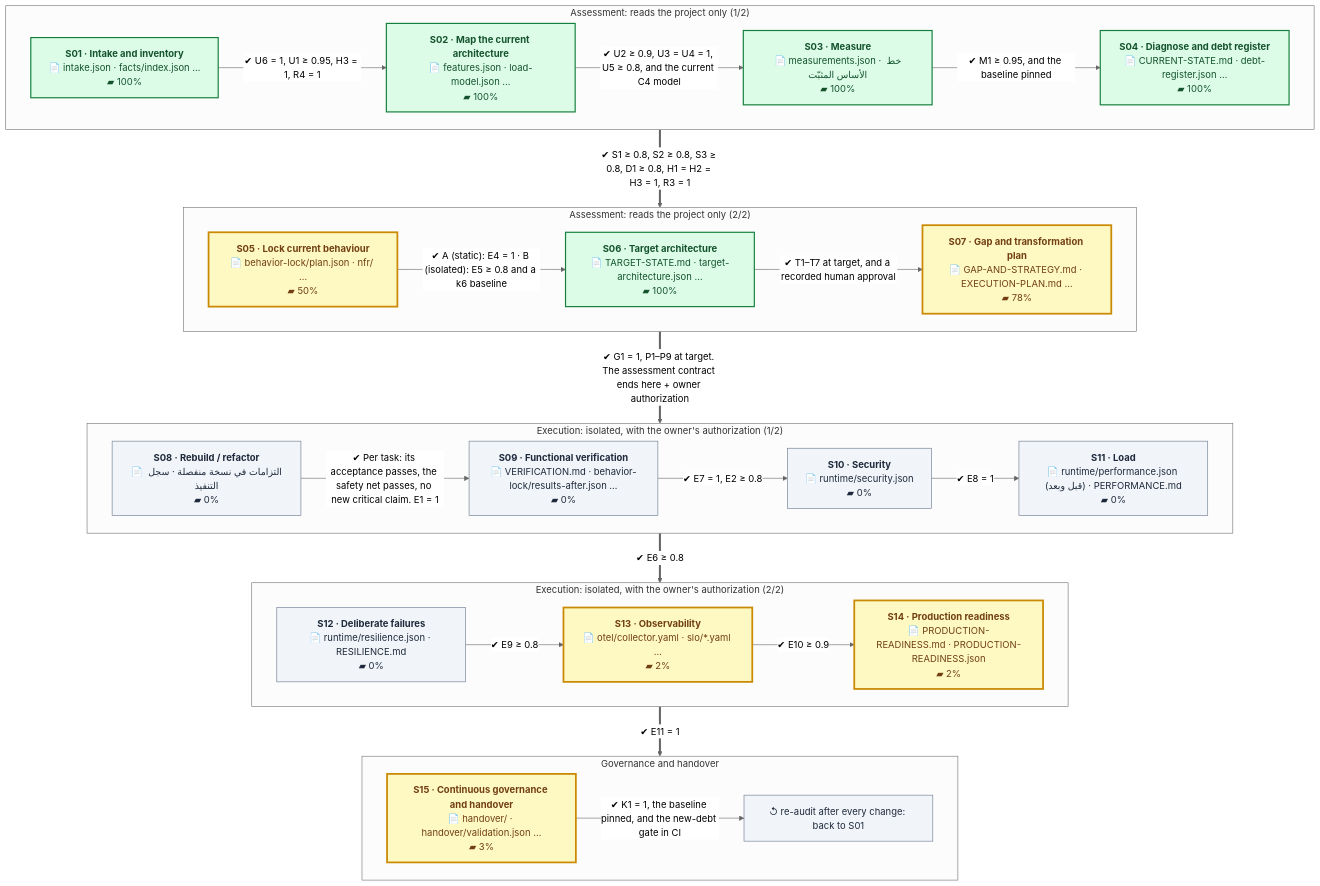
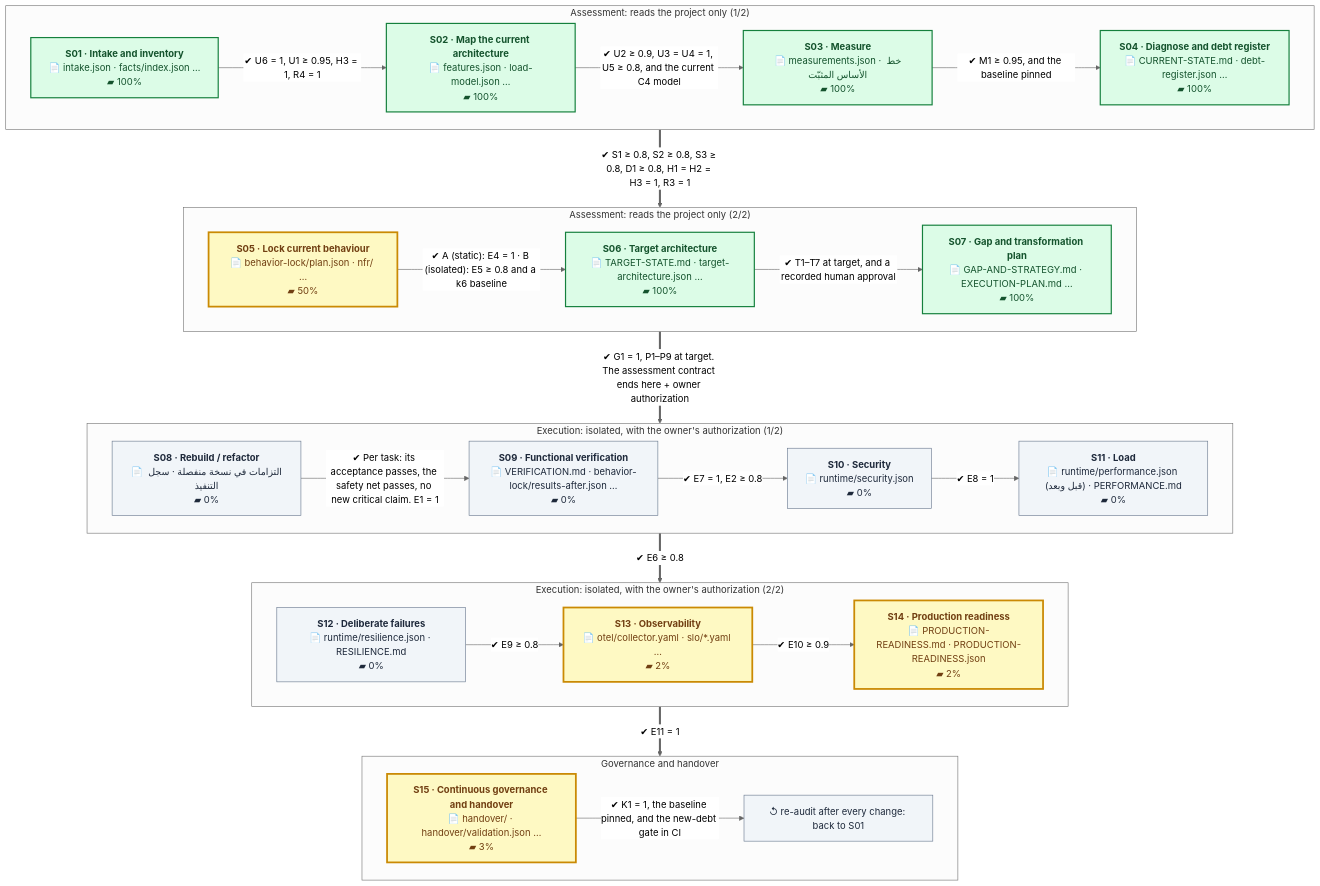
One commit to eom1417/engineering-audit-os changed the first of 2 diagrams in README.en.md. Above: the diagram before and after it, drawn with Mermaid (neutral theme). The commit also changed other lines of this file and 24 other files, not shown here.

````diff
--- a/README.en.md
+++ b/README.en.md
@@ -52,54 +52,54 @@
 ```mermaid
 %%{init: {'flowchart': {'wrappingWidth': 260, 'nodeSpacing': 40, 'rankSpacing': 60}}}%%
 flowchart TB
     subgraph P1["Assessment: reads the project only (1/2)"]
         direction LR
         S01["<b>S01 · Intake and inventory</b><br/>📄 intake.json · facts/index.json …<br/>▰ 100%"]:::done
         S02["<b>S02 · Map the current architecture</b><br/>📄 features.json · load-model.json …<br/>▰ 100%"]:::done
         S03["<b>S03 · Measure</b><br/>📄 measurements.json · خط الأساس المثبّت<br/>▰ 100%"]:::done
         S04["<b>S04 · Diagnose and debt register</b><br/>📄 CURRENT-STATE.md · debt-register.json …<br/>▰ 100%"]:::done
         S01 -->|"✔ U6 = 1, U1 ≥ 0.95, H3 = 1, R4 = 1"| S02
         S02 -->|"✔ U2 ≥ 0.9, U3 = U4 = 1, U5 ≥ 0.8, and the current C4 model"| S03
         S03 -->|"✔ M1 ≥ 0.95, and the baseline pinned"| S04
     end
     subgraph P2["Assessment: reads the project only (2/2)"]
         direction LR
         S05["<b>S05 · Lock current behaviour</b><br/>📄 behavior-lock/plan.json · nfr/ …<br/>▰ 50%"]:::current
         S06["<b>S06 · Target architecture</b><br/>📄 TARGET-STATE.md · target-architecture.json …<br/>▰ 100%"]:::done
-        S07["<b>S07 · Gap and transformation plan</b><br/>📄 GAP-AND-STRATEGY.md · EXECUTION-PLAN.md …<br/>▰ 78%"]:::current
+        S07["<b>S07 · Gap and transformation plan</b><br/>📄 GAP-AND-STRATEGY.md · EXECUTION-PLAN.md …<br/>▰ 100%"]:::done
         S05 -->|"✔ A (static): E4 = 1 · B (isolated): E5 ≥ 0.8 and a k6 baseline"| S06
         S06 -->|"✔ T1–T7 at target, and a recorded human approval"| S07
     end
     subgraph P3["Execution: isolated, with the owner's authorization (1/2)"]
         direction LR
         S08["<b>S08 · Rebuild / refactor</b><br/>📄 التزامات في نسخة منفصلة · سجل التنفيذ<br/>▰ 0%"]:::next
         S09["<b>S09 · Functional verification</b><br/>📄 VERIFICATION.md · behavior-lock/results-after.json …<br/>▰ 0%"]:::next
         S10["<b>S10 · Security</b><br/>📄 runtime/security.json<br/>▰ 0%"]:::next
         S11["<b>S11 · Load</b><br/>📄 runtime/performance.json (قبل وبعد) · PERFORMANCE.md<br/>▰ 0%"]:::next
         S08 -->|"✔ Per task: its acceptance passes, the safety net passes, no new critical claim. E1 = 1"| S09
         S09 -->|"✔ E7 = 1, E2 ≥ 0.8"| S10
         S10 -->|"✔ E8 = 1"| S11
     end
     subgraph P4["Execution: isolated, with the owner's authorization (2/2)"]
         direction LR
         S12["<b>S12 · Deliberate failures</b><br/>📄 runtime/resilience.json · RESILIENCE.md<br/>▰ 0%"]:::next
         S13["<b>S13 · Observability</b><br/>📄 otel/collector.yaml · slo/*.yaml …<br/>▰ 2%"]:::current
         S14["<b>S14 · Production readiness</b><br/>📄 PRODUCTION-READINESS.md · PRODUCTION-READINESS.json<br/>▰ 2%"]:::current
         S12 -->|"✔ E9 ≥ 0.8"| S13
         S13 -->|"✔ E10 ≥ 0.9"| S14
     end
     subgraph P5["Governance and handover"]
         direction LR
         S15["<b>S15 · Continuous governance and handover</b><br/>📄 handover/ · handover/validation.json …<br/>▰ 3%"]:::current
         LOOP["↺ re-audit after every change: back to S01"]:::next
         S15 -->|"✔ K1 = 1, the baseline pinned, and the new-debt gate in CI"| LOOP
     end
     P1 ==>|"✔ S1 ≥ 0.8, S2 ≥ 0.8, S3 ≥ 0.8, D1 ≥ 0.8, H1 = H2 = H3 = 1, R3 = 1"| P2
     P2 ==>|"✔ G1 = 1, P1–P9 at target. The assessment contract ends here + owner authorization"| P3
     P3 ==>|"✔ E6 ≥ 0.8"| P4
     P4 ==>|"✔ E11 = 1"| P5
     classDef done fill:#dcfce7,stroke:#15803d,color:#14532d,stroke-width:2px
     classDef current fill:#fef9c3,stroke:#ca8a04,color:#713f12,stroke-width:3px
     classDef next fill:#f1f5f9,stroke:#64748b,color:#1e293b
     classDef owner fill:#fee2e2,stroke:#b91c1c,color:#7f1d1d,stroke-dasharray:5 3
 ```
````
